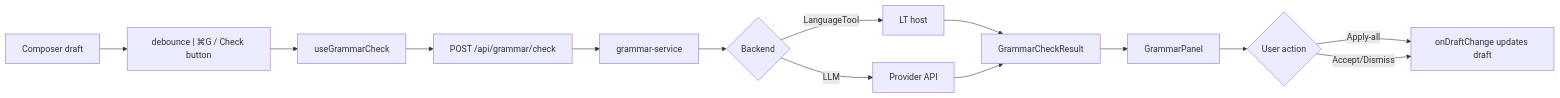
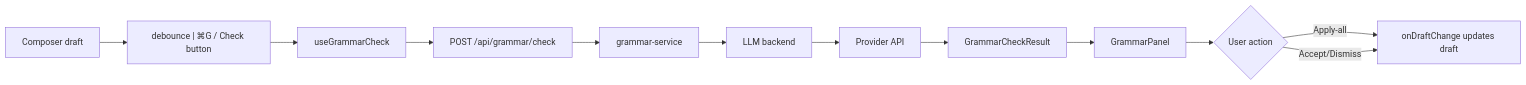
Before and after one commit to BlackBeltTechnology/pi-agent-dashboard: the sixth of 11 diagrams in docs/architecture.md, drawn with Mermaid. The commit also changed other lines of this file and 33 other files, not shown here.

First line of the commit message:
feat(grammar): drop LanguageTool backend — LLM-only + grammar in OpenSpec prose dialogs

````diff
--- a/docs/architecture.md
+++ b/docs/architecture.md
@@ -1003,16 +1004,14 @@
 ```mermaid
 flowchart LR
     A["Composer draft"] --> B["debounce | ⌘G / Check button"]
     B --> C["useGrammarCheck"]
     C --> D["POST /api/grammar/check"]
     D --> E["grammar-service"]
-    E --> F{"Backend"}
-    F -->|LanguageTool| G["LT host"]
-    F -->|LLM| H["Provider API"]
-    G --> I["GrammarCheckResult"]
-    H --> I
-    I --> J["GrammarPanel"]
-    J --> K{"User action"}
-    K -->|Apply-all| L["onDraftChange updates draft"]
-    K -->|Accept/Dismiss| L
+    E --> F["LLM backend"]
+    F --> G["Provider API"]
+    G --> H["GrammarCheckResult"]
+    H --> I["GrammarPanel"]
+    I --> J{"User action"}
+    J -->|Apply-all| K["onDraftChange updates draft"]
+    J -->|Accept/Dismiss| K
 ```
````
